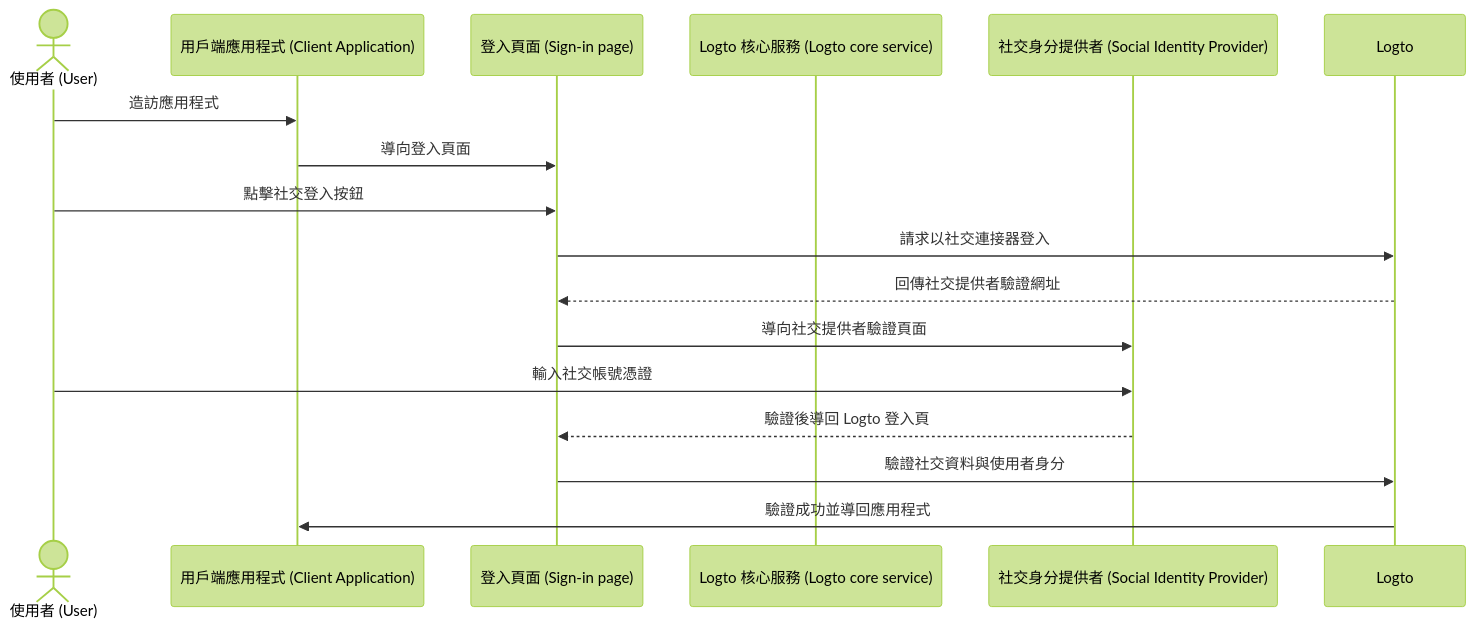
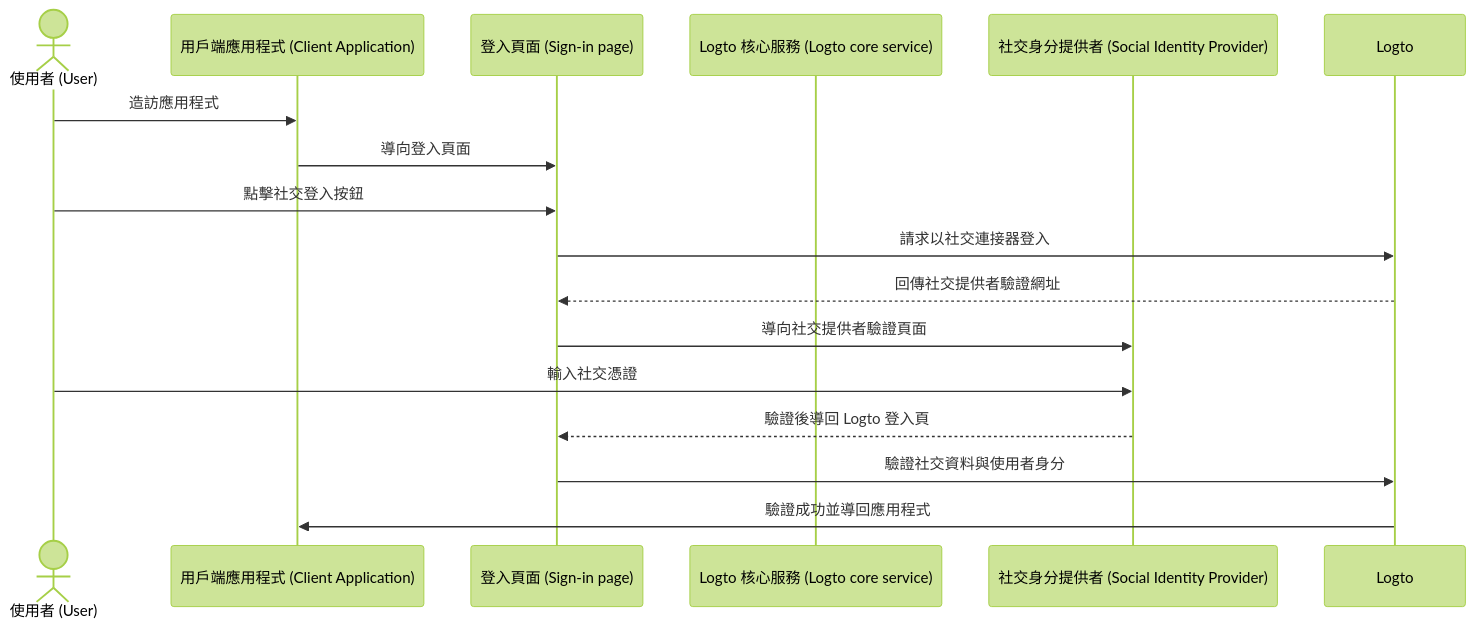
The first of 6 diagrams in i18n/zh-TW/docusaurus-plugin-content-docs/current/end-user-flows/sign-up-and-sign-in/social-sign-in.mdx (logto-io/docs), drawn with Mermaid (forest theme) before and after one commit. The commit also changed other lines of this file and 67 other files, not shown here.

````diff
--- a/i18n/zh-TW/docusaurus-plugin-content-docs/current/end-user-flows/sign-up-and-sign-in/social-sign-in.mdx
+++ b/i18n/zh-TW/docusaurus-plugin-content-docs/current/end-user-flows/sign-up-and-sign-in/social-sign-in.mdx
@@ -36,19 +36,19 @@
 ```mermaid
 sequenceDiagram
     actor user as 使用者 (User)
     participant app as 用戶端應用程式 (Client Application)
     participant experience as 登入頁面 (Sign-in page)
     participant logto as Logto 核心服務 (Logto core service)
     participant social as 社交身分提供者 (Social Identity Provider)
 
     user->>app: 造訪應用程式
     app->>experience: 導向登入頁面
     user->>experience: 點擊社交登入按鈕
     experience->>Logto: 請求以社交連接器登入
     Logto-->>experience: 回傳社交提供者驗證網址
     experience->>social: 導向社交提供者驗證頁面
-    user->>social: 輸入社交帳號憑證
+    user->>social: 輸入社交憑證
     social-->>experience: 驗證後導回 Logto 登入頁
     experience->>Logto: 驗證社交資料與使用者身分
     Logto->>app: 驗證成功並導回應用程式
 ```
````
